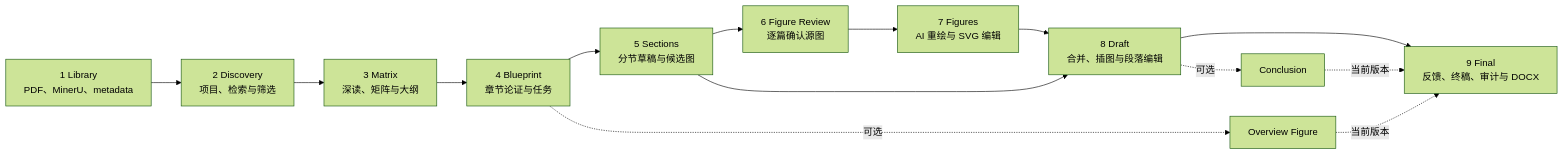
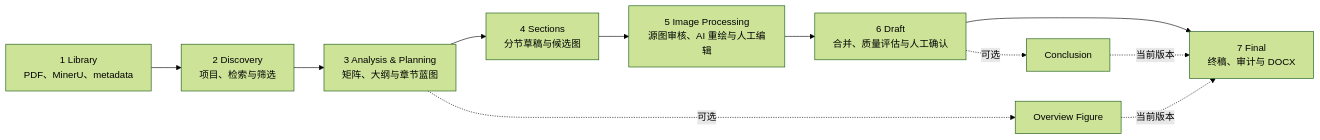
Before and after one commit to XuehaiWang/review-writer: the diagram in README.md, drawn with Mermaid (forest theme). The commit also changed other lines of this file and 95 other files, not shown here.

````diff
--- a/README.md
+++ b/README.md
@@ -15,16 +15,13 @@
 ```mermaid
 flowchart LR
     A["1 Library<br/>PDF、MinerU、metadata"] --> B["2 Discovery<br/>项目、检索与筛选"]
-    B --> C["3 Matrix<br/>深读、矩阵与大纲"]
-    C --> D["4 Blueprint<br/>章节论证与任务"]
-    D --> E["5 Sections<br/>分节草稿与候选图"]
-    E --> F["6 Figure Review<br/>逐篇确认源图"]
-    F --> G["7 Figures<br/>AI 重绘与 SVG 编辑"]
-    E --> H["8 Draft<br/>合并、插图与段落编辑"]
-    G --> H
-    H --> I["9 Final<br/>反馈、终稿、审计与 DOCX"]
-    D -. 可选 .-> J["Overview Figure"]
-    H -. 可选 .-> K["Conclusion"]
-    J -. 当前版本 .-> I
-    K -. 当前版本 .-> I
+    B --> C["3 Analysis & Planning<br/>矩阵、大纲与章节蓝图"]
+    C --> D["4 Sections<br/>分节草稿与候选图"]
+    D --> E["5 Image Processing<br/>源图审核、AI 重绘与人工编辑"]
+    E --> F["6 Draft<br/>合并、质量评估与人工确认"]
+    F --> G["7 Final<br/>终稿、审计与 DOCX"]
+    C -. 可选 .-> H["Overview Figure"]
+    F -. 可选 .-> I["Conclusion"]
+    H -. 当前版本 .-> G
+    I -. 当前版本 .-> G
 ```
````
